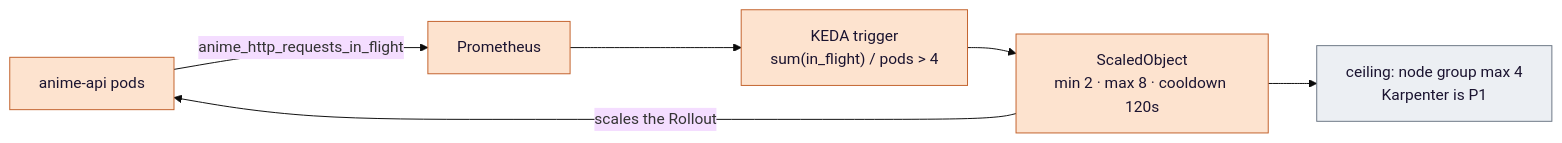
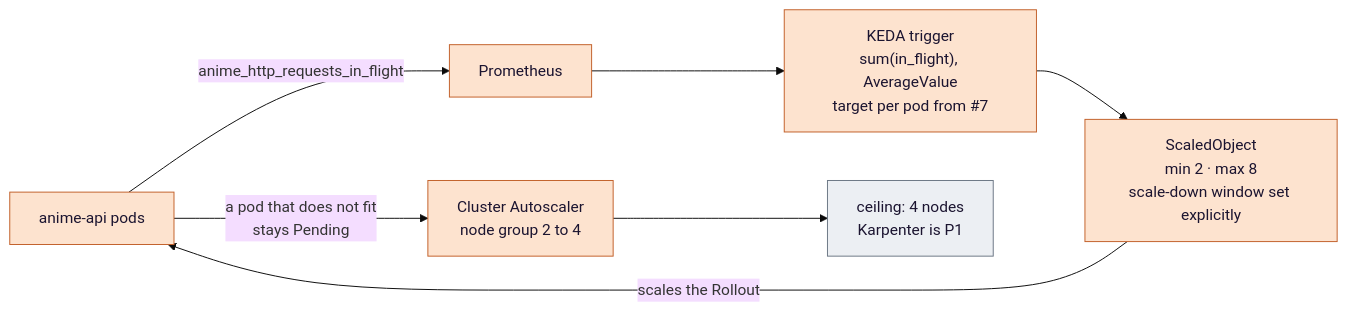
One commit to biabeogo147/Anime-Recommender changed the sixth of 8 diagrams in docs/eks-sre-llmops-design.md. Above: the diagram before and after it, drawn with Mermaid (base theme). The commit also changed other lines of this file and 17 other files, not shown here.

````diff
--- a/docs/eks-sre-llmops-design.md
+++ b/docs/eks-sre-llmops-design.md
@@ -550,13 +726,14 @@
 ```mermaid
 flowchart LR
     PODS["anime-api pods"] -->|"anime_http_requests_in_flight"| PROM["Prometheus"]
-    PROM --> TRIG["KEDA trigger<br/>sum(in_flight) / pods > 4"]
-    TRIG --> SO["ScaledObject<br/>min 2 · max 8 · cooldown 120s"]
+    PROM --> TRIG["KEDA trigger<br/>sum(in_flight), AverageValue<br/>target per pod from #7"]
+    TRIG --> SO["ScaledObject<br/>min 2 · max 8<br/>scale-down window set explicitly"]
     SO -->|"scales the Rollout"| PODS
-    SO --> CEIL["ceiling: node group max 4<br/>Karpenter is P1"]
+    PODS -->|"a pod that does not fit<br/>stays Pending"| CAS["Cluster Autoscaler<br/>node group 2 to 4"]
+    CAS --> CEIL["ceiling: 4 nodes<br/>Karpenter is P1"]
 
     classDef argo fill:#fde3cf,stroke:#c2602a,color:#1b1430;
     classDef ext fill:#eceff3,stroke:#6b7684,color:#1b1430;
-    class PODS,PROM,TRIG,SO argo
+    class PODS,PROM,TRIG,SO,CAS argo
     class CEIL ext
 ```
````
